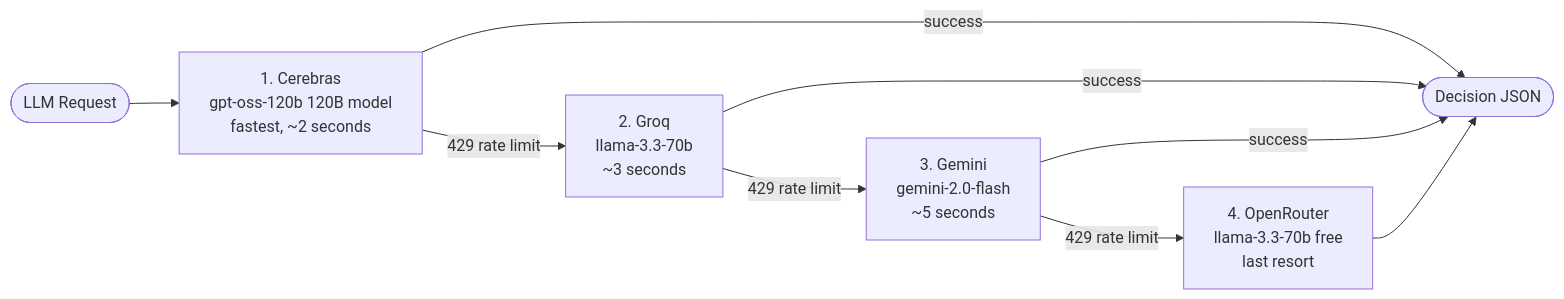
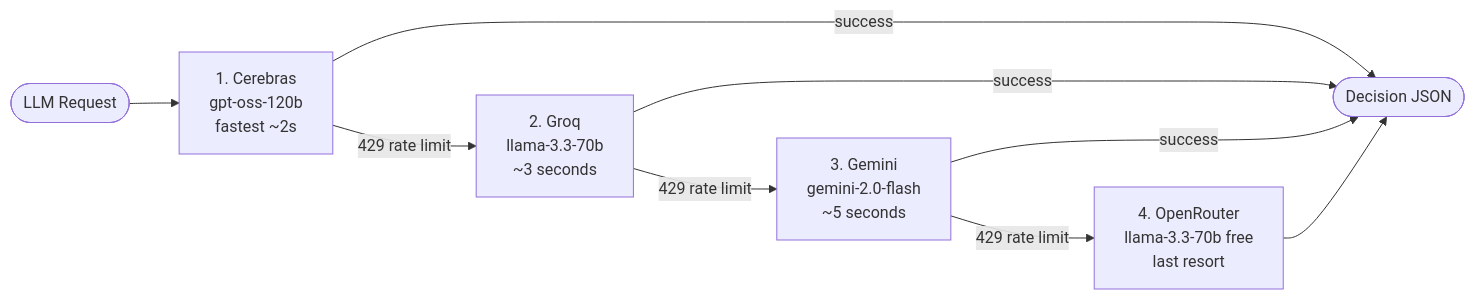
The second of 6 diagrams in README.md (vanrajbohra-ds/trading-bot), drawn with Mermaid before and after one commit. The commit also changed other lines of this file, not shown here.

First line of the commit message:
Fix all Mermaid diagrams — remove chars that break GitHub renderer

````diff
--- a/README.md
+++ b/README.md
@@ -43,13 +43,13 @@
 ```mermaid
 flowchart LR
     REQ(["LLM Request"])
 
-    REQ --> C["1. Cerebras\ngpt-oss-120b 120B model\nfastest, ~2 seconds"]
-    C -->|"success"| OUT(["Decision JSON"])
-    C -->|"429 rate limit"| G["2. Groq\nllama-3.3-70b\n~3 seconds"]
-    G -->|"success"| OUT
-    G -->|"429 rate limit"| GE["3. Gemini\ngemini-2.0-flash\n~5 seconds"]
-    GE -->|"success"| OUT
-    GE -->|"429 rate limit"| OR["4. OpenRouter\nllama-3.3-70b free\nlast resort"]
+    REQ --> C["1. Cerebras\ngpt-oss-120b\nfastest ~2s"]
+    C -->|success| OUT(["Decision JSON"])
+    C -->|429 rate limit| G["2. Groq\nllama-3.3-70b\n~3 seconds"]
+    G -->|success| OUT
+    G -->|429 rate limit| GE["3. Gemini\ngemini-2.0-flash\n~5 seconds"]
+    GE -->|success| OUT
+    GE -->|429 rate limit| OR["4. OpenRouter\nllama-3.3-70b free\nlast resort"]
     OR --> OUT
 ```
````
